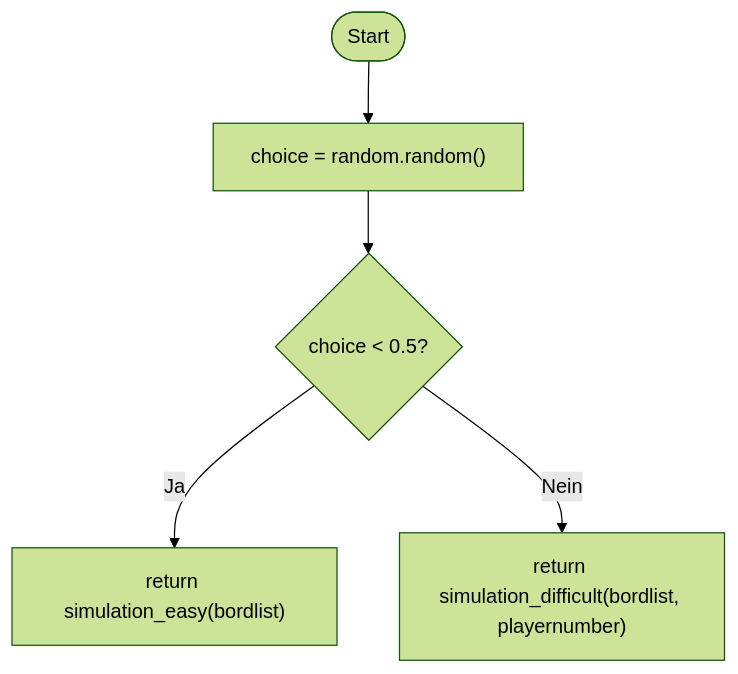
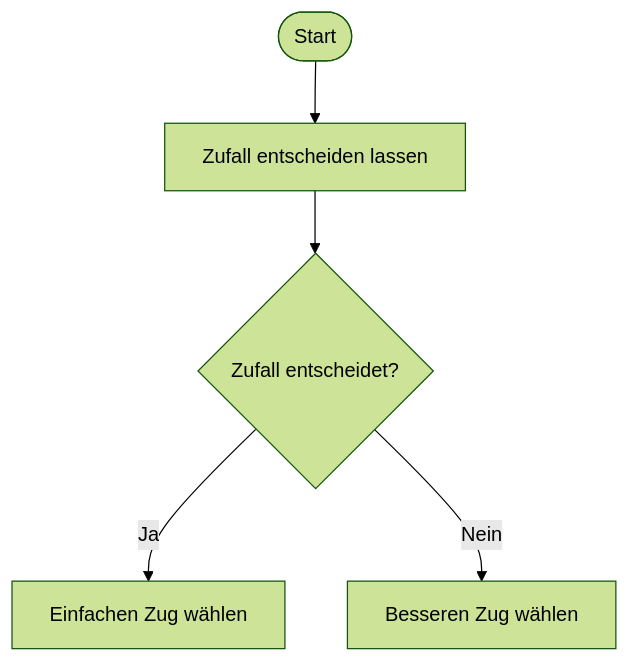
Before and after one commit to Finn965/Informatik-1-Softwareprojekt: the tenth of 13 diagrams in flowchart.md, drawn with Mermaid (forest theme). The commit also changed other lines of this file, not shown here.

````diff
--- a/flowchart.md
+++ b/flowchart.md
@@ -189,8 +189,8 @@
 ```mermaid
 flowchart TD
     Start([Start])
-    Start --> Rand["choice = random.random()"]
-    Rand --> Branch{choice < 0.5?}
-    Branch -- Ja --> Easy["return simulation_easy(bordlist)"]
-    Branch -- Nein --> Hard["return simulation_difficult(bordlist, playernumber)"]
+    Start --> Rand["Zufall entscheiden lassen"]
+    Rand --> Branch{"Zufall entscheidet?"}
+    Branch -- Ja --> Easy["Einfachen Zug wählen"]
+    Branch -- Nein --> Hard["Besseren Zug wählen"]
 ```
````
